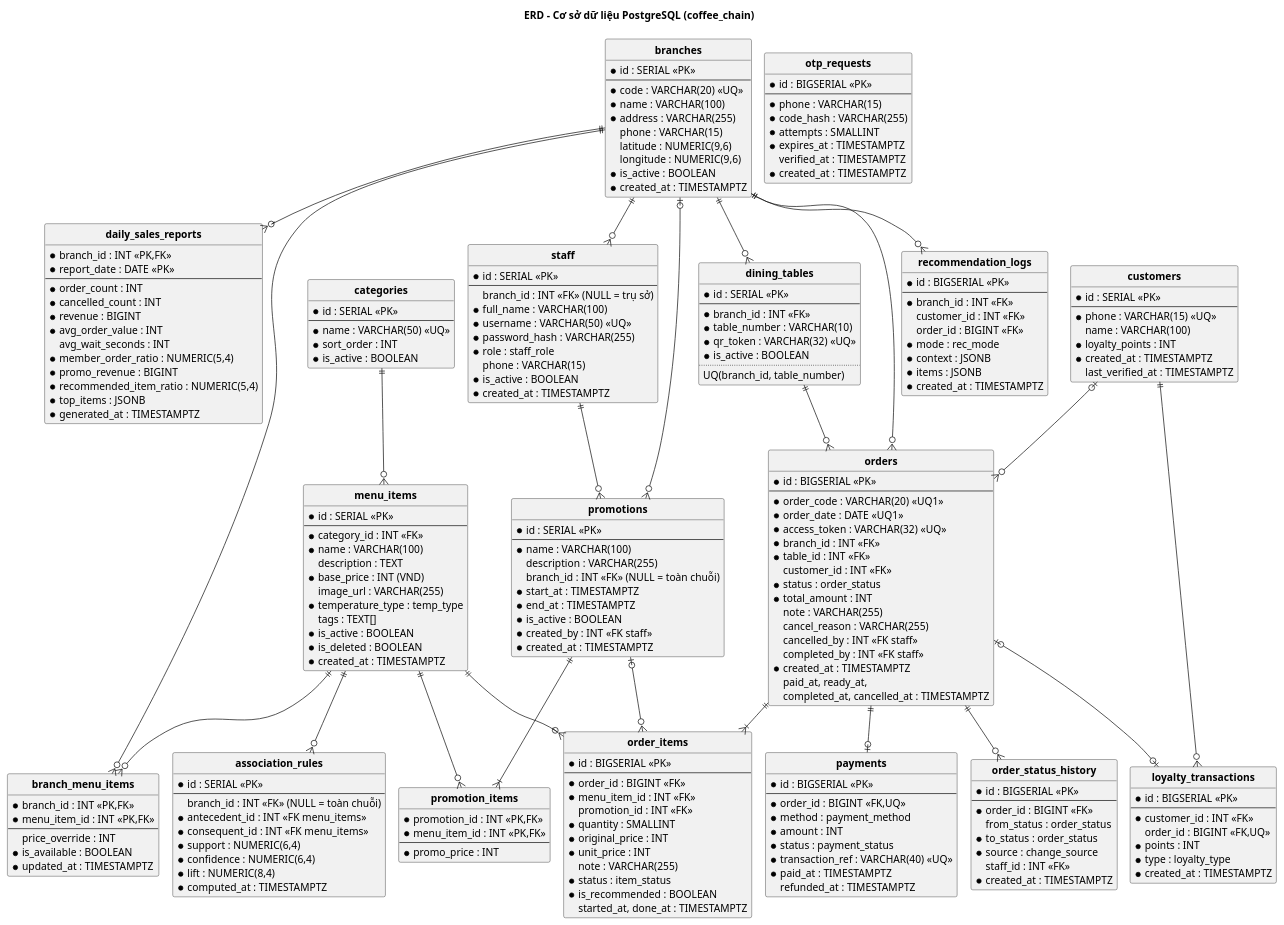
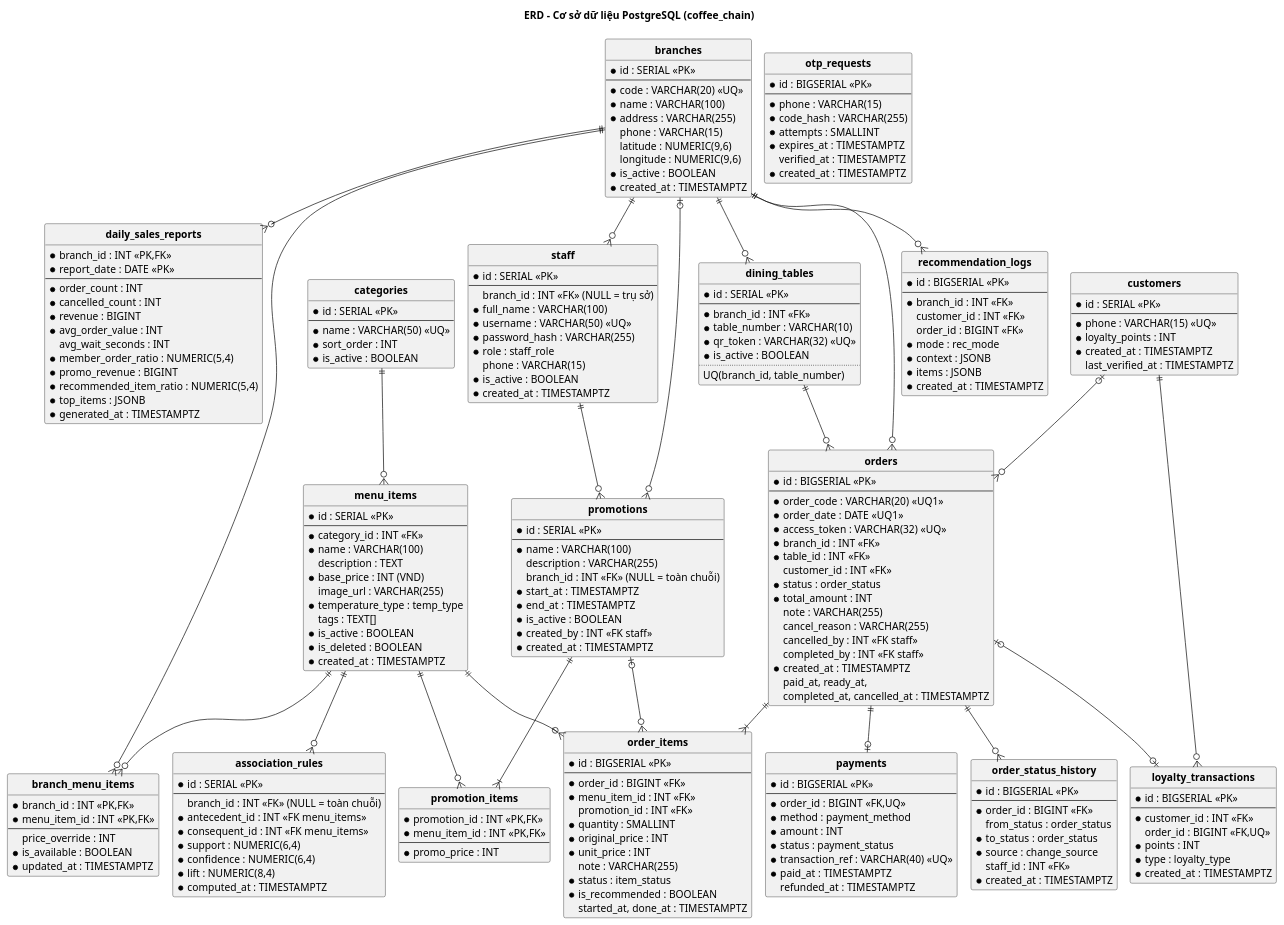
One commit to thanhbinh0493/smartcafe changed the diagram in 1.Bao_cao/Thiet_ke_he_thong/diagrams/src/IV_erd.puml. Above: the diagram before and after it, drawn with PlantUML. The commit also changed 28 other files, not shown here.

```diff
--- a/1.Bao_cao/Thiet_ke_he_thong/diagrams/src/IV_erd.puml
+++ b/1.Bao_cao/Thiet_ke_he_thong/diagrams/src/IV_erd.puml
@@ -100,7 +100,6 @@
   * id : SERIAL <<PK>>
   --
   * phone : VARCHAR(15) <<UQ>>
-  name : VARCHAR(100)
   * loyalty_points : INT
   * created_at : TIMESTAMPTZ
   last_verified_at : TIMESTAMPTZ
```
